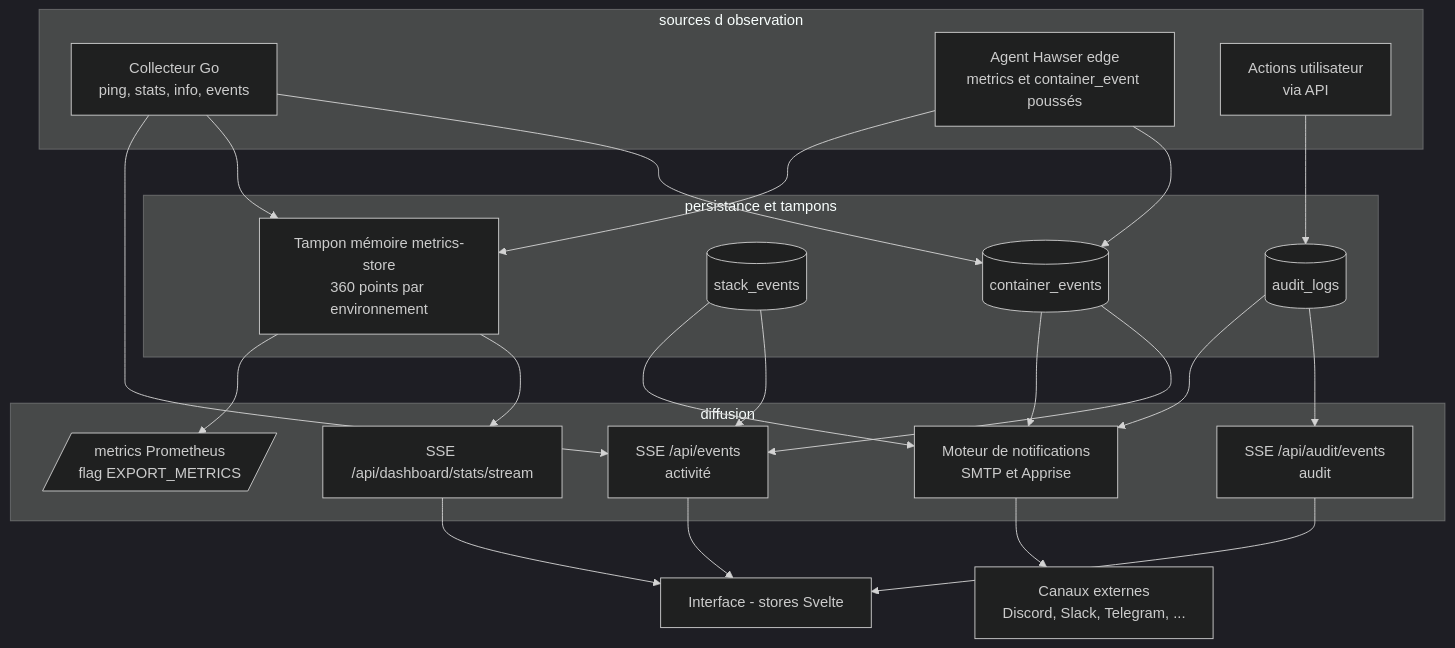
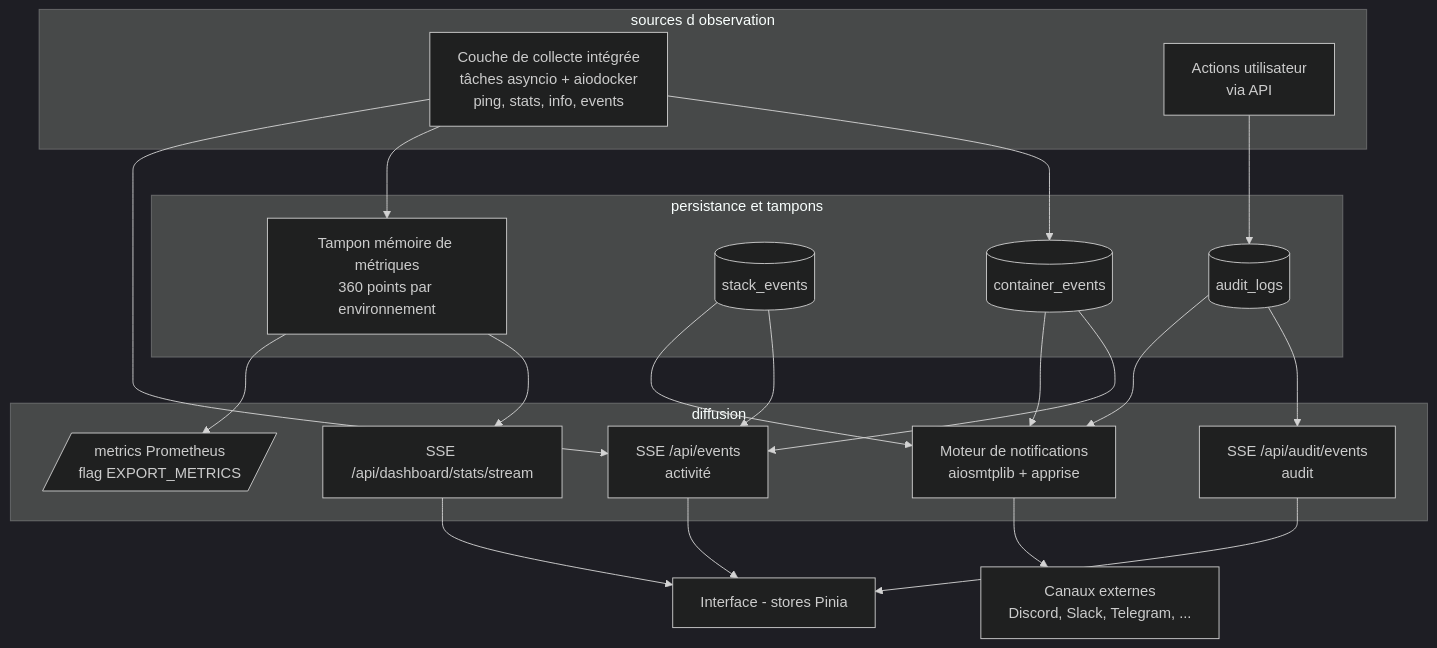
The first of 4 diagrams in docs/spec_dockhand_reference/13-observabilite.md (stefapi/windflow), drawn with Mermaid (dark theme) before and after one commit. The commit also changed other lines of this file and 15 other files, not shown here.

````diff
--- a/docs/spec_dockhand_reference/13-observabilite.md
+++ b/docs/spec_dockhand_reference/13-observabilite.md
@@ -47,45 +43,42 @@
 ```mermaid
 flowchart TB
     subgraph Sources[ sources d observation ]
-        GO[Collecteur Go<br/>ping, stats, info, events]
-        HAWS[Agent Hawser edge<br/>metrics et container_event poussés]
+        COLLECT[Couche de collecte intégrée<br/>tâches asyncio + aiodocker<br/>ping, stats, info, events]
         ACTIONS[Actions utilisateur<br/>via API]
     end
 
     subgraph Stockage[ persistance et tampons ]
         CE[(container_events)]
         SE[(stack_events)]
         AUD[(audit_logs)]
-        RING[Tampon mémoire metrics-store<br/>360 points par environnement]
+        RING[Tampon mémoire de métriques<br/>360 points par environnement]
     end
 
     subgraph Diffusion[ diffusion ]
         SSEACT[SSE /api/events<br/>activité]
         SSEAUD[SSE /api/audit/events<br/>audit]
         SSEDASH[SSE /api/dashboard/stats/stream]
         PROM[/metrics Prometheus<br/>flag EXPORT_METRICS/]
-        NOTIFY[Moteur de notifications<br/>SMTP et Apprise]
+        NOTIFY[Moteur de notifications<br/>aiosmtplib + apprise]
     end
 
-    UI[Interface - stores Svelte]
+    UI[Interface - stores Pinia]
     DEST[Canaux externes<br/>Discord, Slack, Telegram, ...]
 
-    GO --> CE
-    HAWS --> CE
-    GO --> RING
-    HAWS --> RING
+    COLLECT --> CE
+    COLLECT --> RING
     ACTIONS --> AUD
-    GO --> SSEACT
+    COLLECT --> SSEACT
     CE --> SSEACT
     SE --> SSEACT
     AUD --> SSEAUD
     RING --> SSEDASH
     RING --> PROM
     CE --> NOTIFY
     SE --> NOTIFY
     AUD --> NOTIFY
     SSEACT --> UI
     SSEAUD --> UI
     SSEDASH --> UI
     NOTIFY --> DEST
 ```
````
